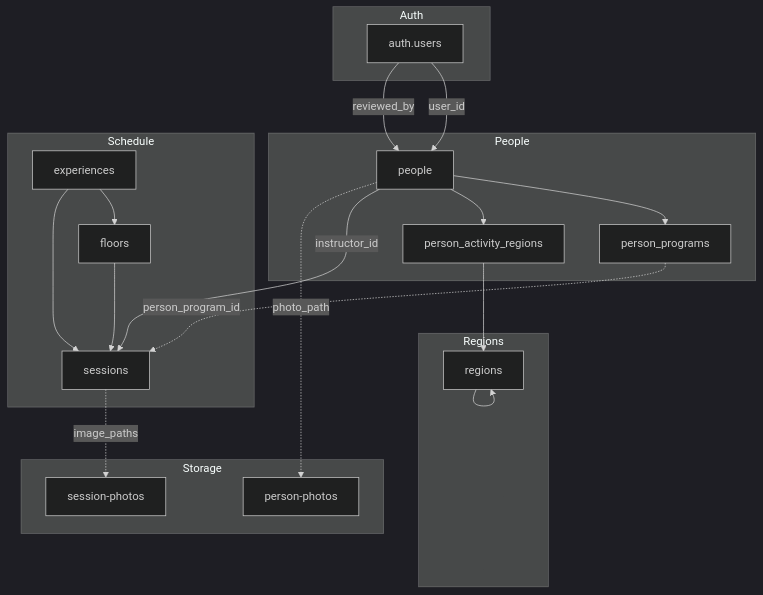
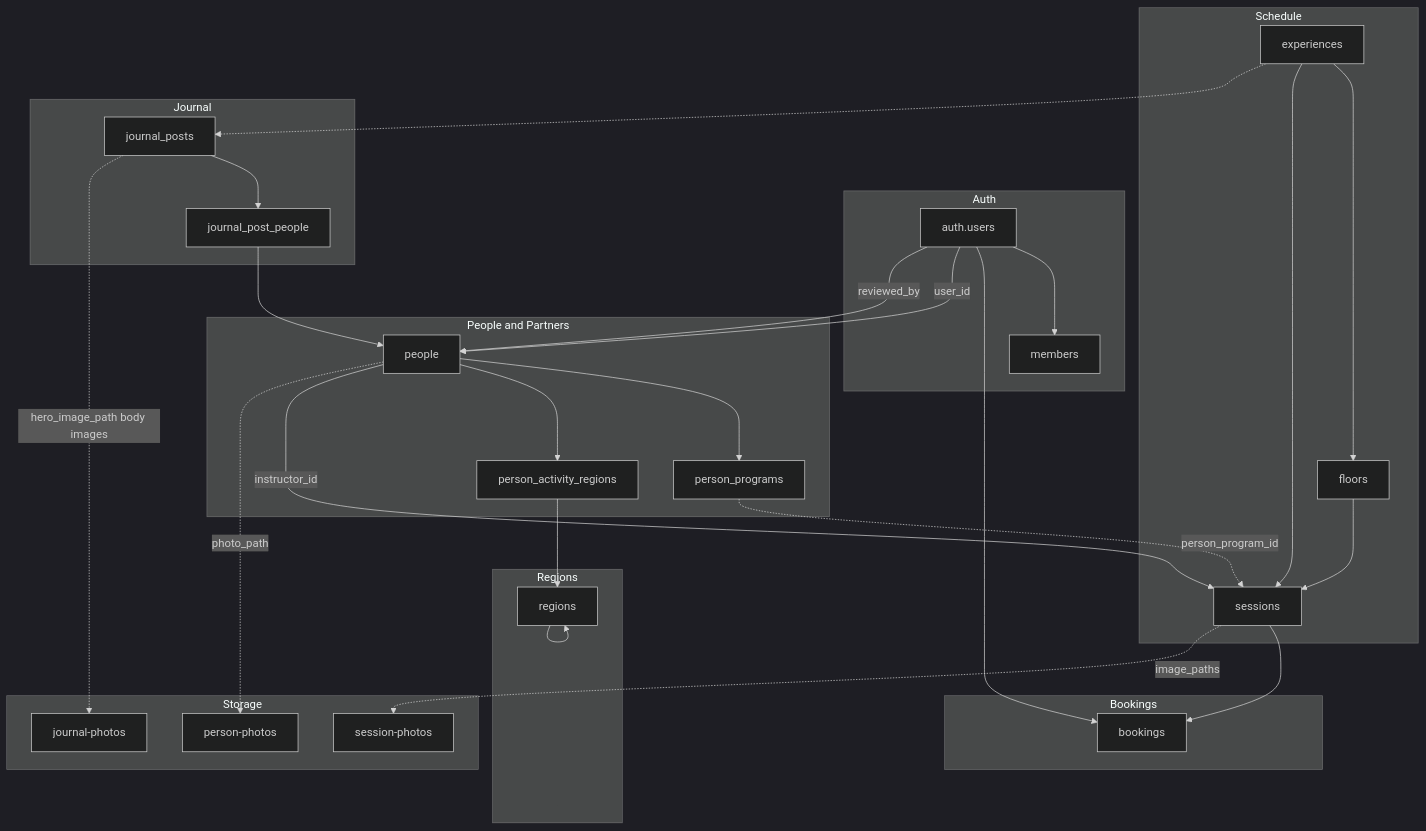
The second of 3 diagrams in docs/database-erd.md (greatgiho/thewellnesskorea), drawn with Mermaid (dark theme) before and after one commit. The commit also changed other lines of this file and 63 other files, not shown here.

````diff
--- a/docs/database-erd.md
+++ b/docs/database-erd.md
@@ -143,41 +200,59 @@
 ```mermaid
 flowchart TB
     subgraph auth_domain [Auth]
         AU[auth.users]
+        M[members]
+        AU --> M
     end
 
-    subgraph people_domain [People]
+    subgraph people_domain [People and Partners]
         P[people]
         PP[person_programs]
         PAR[person_activity_regions]
         P --> PP
         P --> PAR
     end
 
     subgraph geo_domain [Regions]
         R[regions]
         R --> R
         PAR --> R
     end
 
     subgraph schedule_domain [Schedule]
         E[experiences]
         F[floors]
         S[sessions]
         E --> F
         F --> S
         E --> S
     end
 
+    subgraph booking_domain [Bookings]
+        B[bookings]
+        S --> B
+        AU --> B
+    end
+
+    subgraph journal_domain [Journal]
+        JP[journal_posts]
+        JPP[journal_post_people]
+        JP --> JPP
+        JPP --> P
+        E -.-> JP
+    end
+
     subgraph storage_domain [Storage]
         BP[person-photos]
         BS[session-photos]
+        BJ[journal-photos]
     end
 
     AU -->|user_id| P
     AU -->|reviewed_by| P
     P -->|instructor_id| S
     PP -.->|person_program_id| S
     P -.->|photo_path| BP
     S -.->|image_paths| BS
+    JP -.->|hero_image_path body images| BJ
 ```
````
